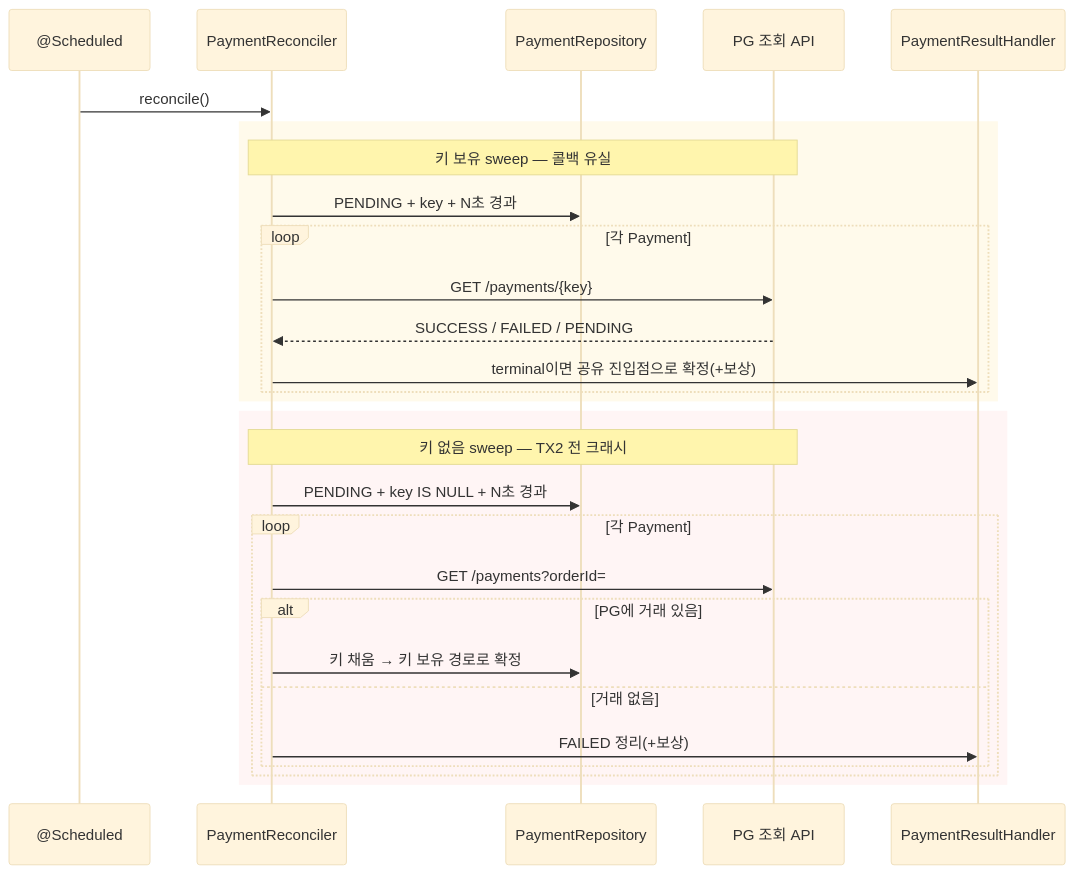
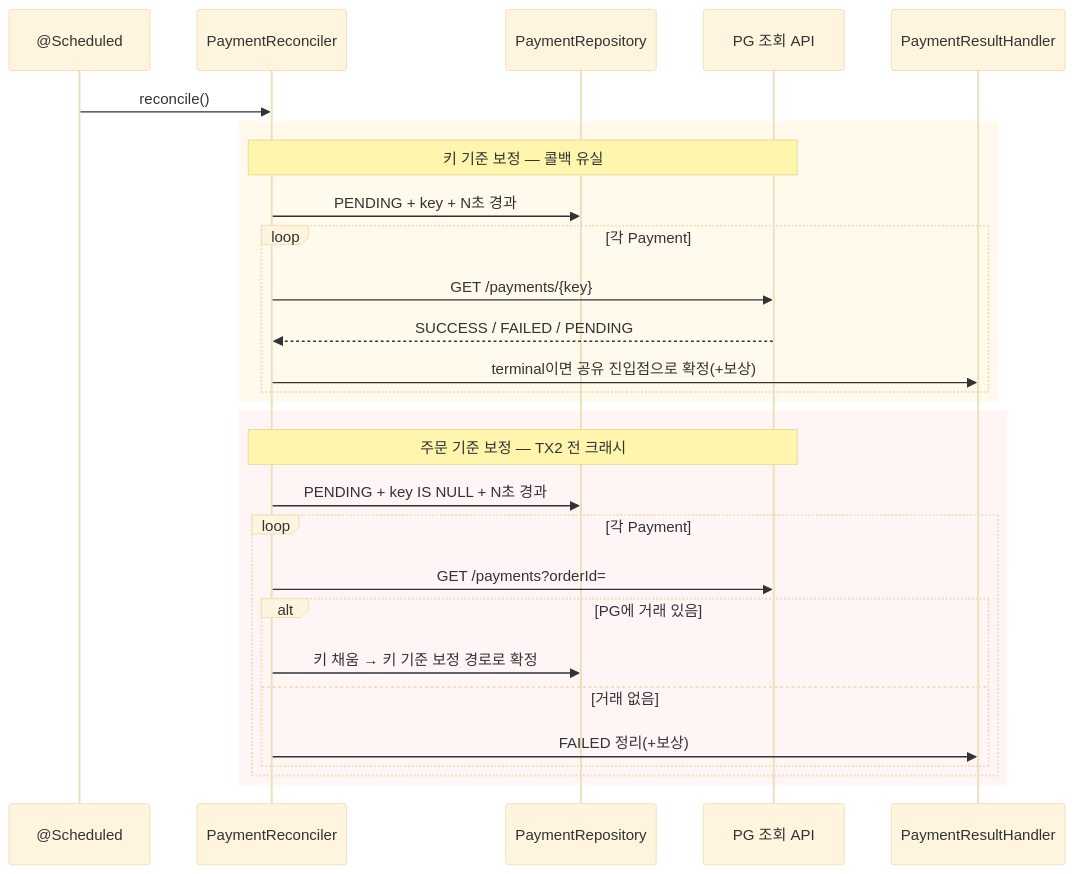
One commit to loopers-labs/loop-pack-be-l2-vol4-java changed the fourth of 4 diagrams in docs/week6/02-sequence-diagrams.md. Above: the diagram before and after it, drawn with Mermaid (base theme). The commit also changed other lines of this file and 4 other files, not shown here.

````diff
--- a/docs/week6/02-sequence-diagrams.md
+++ b/docs/week6/02-sequence-diagrams.md
@@ -127,31 +127,31 @@
 ```mermaid
 sequenceDiagram
     participant SCH as @Scheduled
     participant Rec as PaymentReconciler
     participant PR as PaymentRepository
     participant PG as PG 조회 API
     participant H as PaymentResultHandler
 
     SCH->>Rec: reconcile()
     rect rgb(255,250,235)
-    note over Rec,PG: 키 보유 sweep — 콜백 유실
+    note over Rec,PG: 키 기준 보정 — 콜백 유실
     Rec->>PR: PENDING + key + N초 경과
     loop 각 Payment
         Rec->>PG: GET /payments/{key}
         PG-->>Rec: SUCCESS / FAILED / PENDING
         Rec->>H: terminal이면 공유 진입점으로 확정(+보상)
     end
     end
     rect rgb(255,245,245)
-    note over Rec,PG: 키 없음 sweep — TX2 전 크래시
+    note over Rec,PG: 주문 기준 보정 — TX2 전 크래시
     Rec->>PR: PENDING + key IS NULL + N초 경과
     loop 각 Payment
         Rec->>PG: GET /payments?orderId=
         alt PG에 거래 있음
-            Rec->>PR: 키 채움 → 키 보유 경로로 확정
+            Rec->>PR: 키 채움 → 키 기준 보정 경로로 확정
         else 거래 없음
             Rec->>H: FAILED 정리(+보상)
         end
     end
     end
 ```
````
